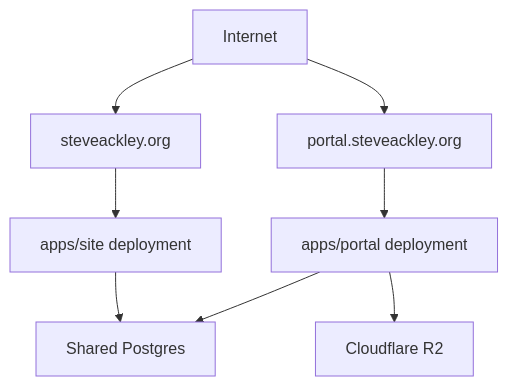
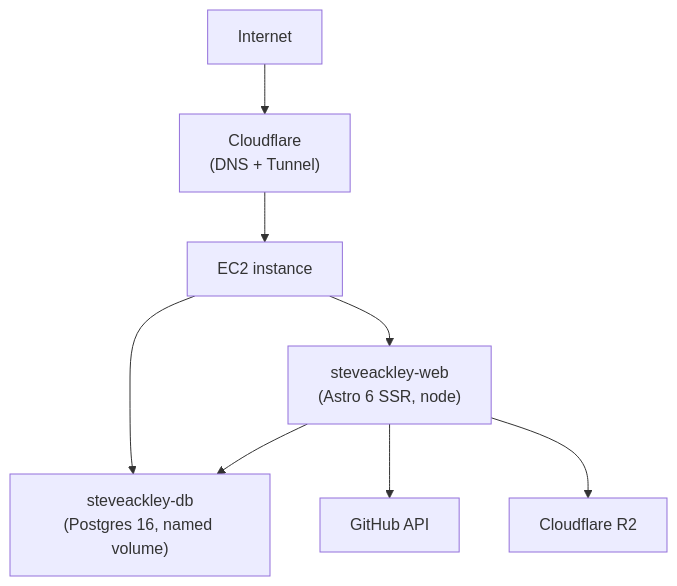
One commit to stevenfackley/steveackley-website changed the diagram in docs/DEPLOYMENT_ARCHITECTURE.md. Above: the diagram before and after it, drawn with Mermaid. The commit also changed other lines of this file and 9 other files, not shown here.

````diff
--- a/docs/DEPLOYMENT_ARCHITECTURE.md
+++ b/docs/DEPLOYMENT_ARCHITECTURE.md
@@ -5,10 +5,10 @@
 ```mermaid
 flowchart TB
-    internet["Internet"] --> domain["steveackley.org"]
-    internet --> portalDomain["portal.steveackley.org"]
-    domain --> site["apps/site deployment"]
-    portalDomain --> portal["apps/portal deployment"]
-    site --> db["Shared Postgres"]
-    portal --> db
-    portal --> r2["Cloudflare R2"]
+    internet["Internet"] --> cf["Cloudflare<br/>(DNS + Tunnel)"]
+    cf --> ec2["EC2 instance"]
+    ec2 --> web["steveackley-web<br/>(Astro 6 SSR, node)"]
+    ec2 --> db["steveackley-db<br/>(Postgres 16, named volume)"]
+    web --> db
+    web --> github["GitHub API"]
+    web --> r2["Cloudflare R2"]
 ```
````
